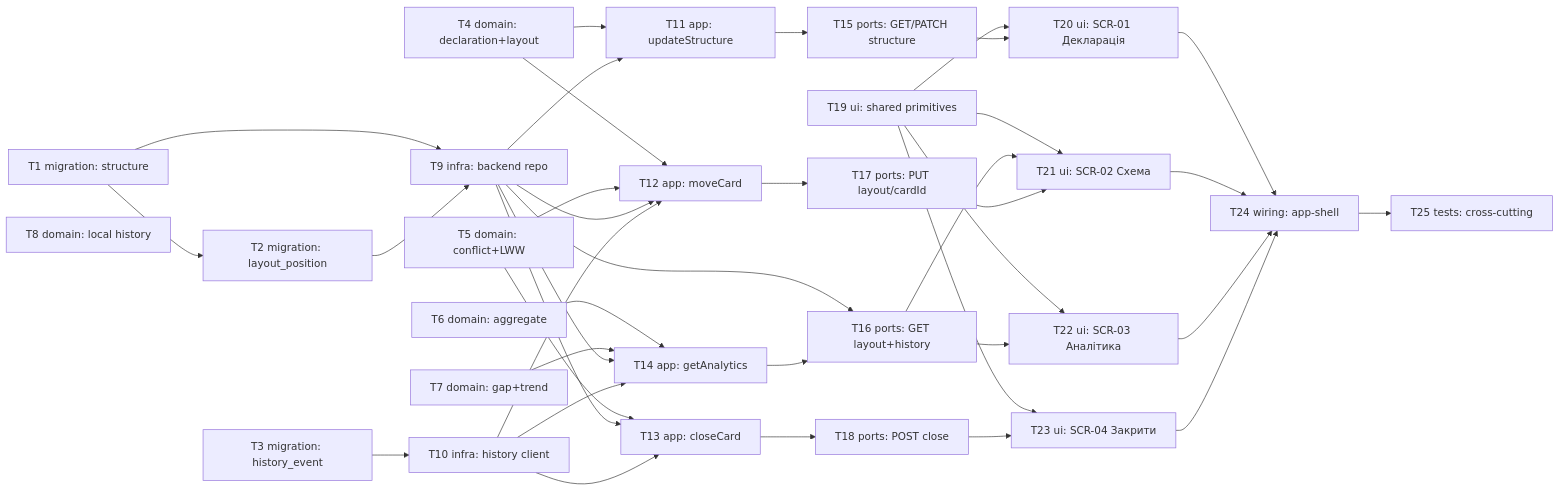
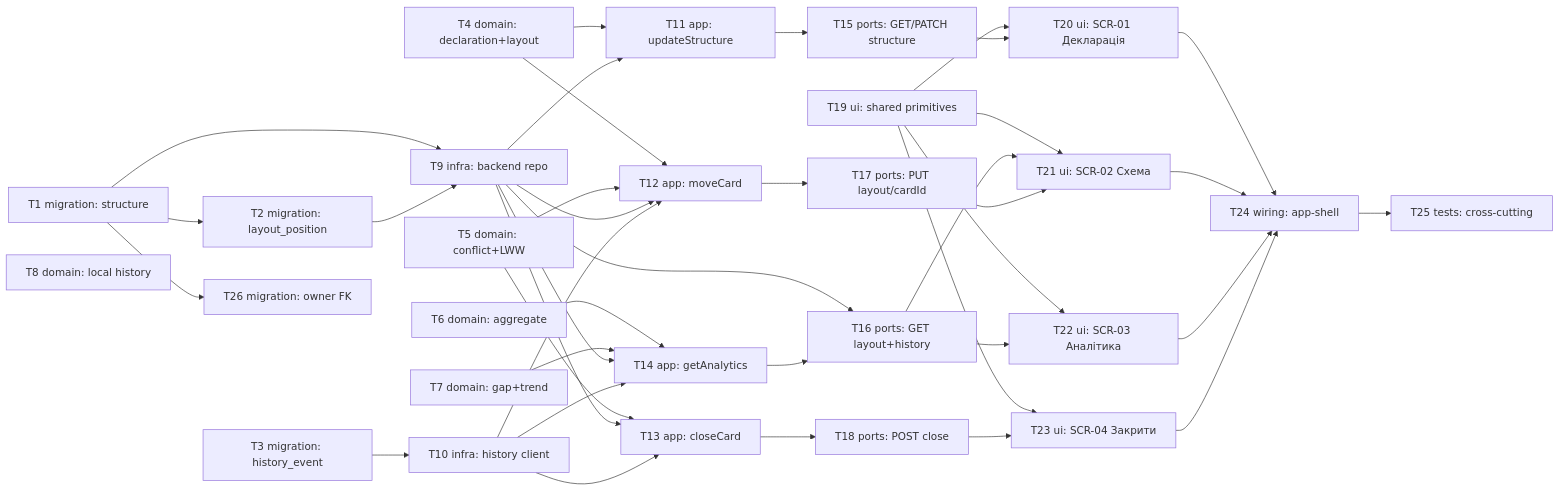
One commit to danyllukandrey-cloud/claude-workspace changed the diagram in docs/features/structure/tasks/_epic.md. Above: the diagram before and after it, drawn with Mermaid. The commit also changed other lines of this file and 54 other files, not shown here.

````diff
--- a/docs/features/structure/tasks/_epic.md
+++ b/docs/features/structure/tasks/_epic.md
@@ -16,57 +16,59 @@
 ```mermaid
 flowchart LR
     T1[T1 migration: structure] --> T2[T2 migration: layout_position]
     T3[T3 migration: history_event]
 
     T4[T4 domain: declaration+layout]
     T5[T5 domain: conflict+LWW]
     T6[T6 domain: aggregate]
     T7[T7 domain: gap+trend]
     T8[T8 domain: local history]
 
     T1 --> T9[T9 infra: backend repo]
     T2 --> T9
     T3 --> T10[T10 infra: history client]
 
     T4 --> T11[T11 app: updateStructure]
     T9 --> T11
 
     T4 --> T12[T12 app: moveCard]
     T5 --> T12
     T9 --> T12
     T10 --> T12
 
     T5 --> T13[T13 app: closeCard]
     T9 --> T13
     T10 --> T13
 
     T6 --> T14[T14 app: getAnalytics]
     T7 --> T14
     T9 --> T14
     T10 --> T14
 
     T11 --> T15[T15 ports: GET/PATCH structure]
     T9 --> T16[T16 ports: GET layout+history]
     T14 --> T16
     T12 --> T17[T17 ports: PUT layout/cardId]
     T13 --> T18[T18 ports: POST close]
 
     T19[T19 ui: shared primitives]
 
     T19 --> T20[T20 ui: SCR-01 Декларація]
     T15 --> T20
     T19 --> T21[T21 ui: SCR-02 Схема]
     T16 --> T21
     T17 --> T21
     T19 --> T22[T22 ui: SCR-03 Аналітика]
     T16 --> T22
     T19 --> T23[T23 ui: SCR-04 Закрити]
     T18 --> T23
 
     T20 --> T24[T24 wiring: app-shell]
     T21 --> T24
     T22 --> T24
     T23 --> T24
 
     T24 --> T25[T25 tests: cross-cutting]
+
+    T1 --> T26[T26 migration: owner FK]
 ```
````
